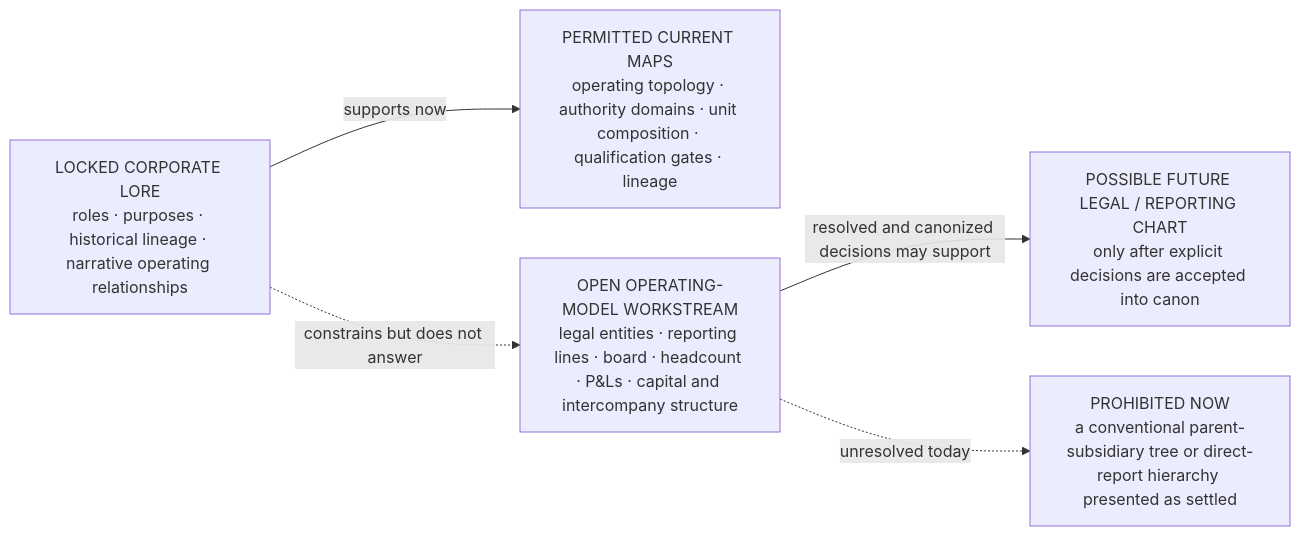
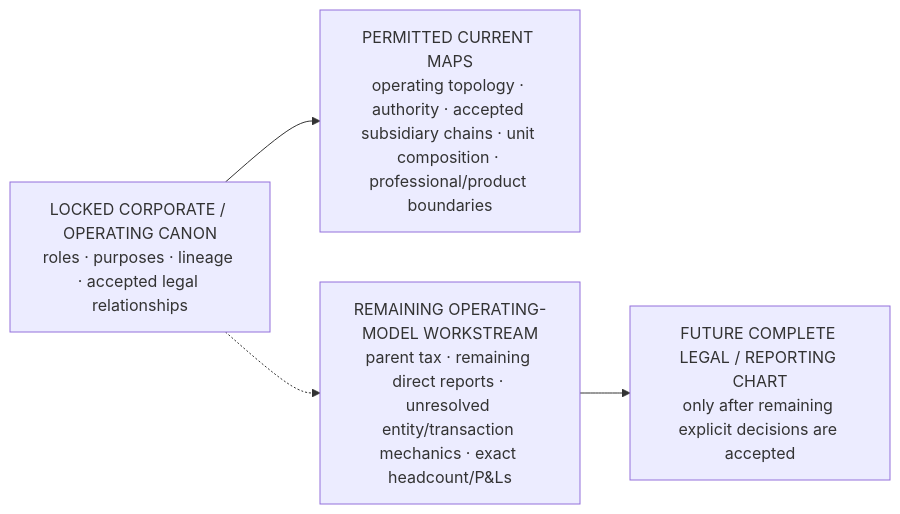
Before and after one commit to SquirmyWormy275/SABLEHARBOR: the diagram in docs/organization/LEGAL_AND_REPORTING_STRUCTURE_STATUS.md, drawn with Mermaid. The commit also changed other lines of this file, not shown here.

Commit message:
Reconcile legal and reporting status to Advisory closeout

````diff
--- a/docs/organization/LEGAL_AND_REPORTING_STRUCTURE_STATUS.md
+++ b/docs/organization/LEGAL_AND_REPORTING_STRUCTURE_STATUS.md
@@ -13,13 +12,11 @@
 ```mermaid
 flowchart LR
-    CANON["LOCKED CORPORATE LORE<br/>roles · purposes · historical lineage · narrative operating relationships"]
-    NOW["PERMITTED CURRENT MAPS<br/>operating topology · authority domains · unit composition · qualification gates · lineage"]
-    FUTURE["OPEN OPERATING-MODEL WORKSTREAM<br/>legal entities · reporting lines · board · headcount · P&Ls · capital and intercompany structure"]
-    LATER["POSSIBLE FUTURE LEGAL / REPORTING CHART<br/>only after explicit decisions are accepted into canon"]
-    PROHIBITED["PROHIBITED NOW<br/>a conventional parent-subsidiary tree or direct-report hierarchy presented as settled"]
+    CANON["LOCKED CORPORATE / OPERATING CANON<br/>roles · purposes · lineage · accepted legal relationships"]
+    NOW["PERMITTED CURRENT MAPS<br/>operating topology · authority · accepted subsidiary chains · unit composition · professional/product boundaries"]
+    FUTURE["REMAINING OPERATING-MODEL WORKSTREAM<br/>parent tax · remaining direct reports · unresolved entity/transaction mechanics · exact headcount/P&Ls"]
+    LATER["FUTURE COMPLETE LEGAL / REPORTING CHART<br/>only after remaining explicit decisions are accepted"]
 
-    CANON -->|supports now| NOW
-    CANON -.->|constrains but does not answer| FUTURE
-    FUTURE -->|resolved and canonized decisions may support| LATER
-    FUTURE -.->|unresolved today| PROHIBITED
+    CANON --> NOW
+    CANON -.-> FUTURE
+    FUTURE --> LATER
 ```
````
